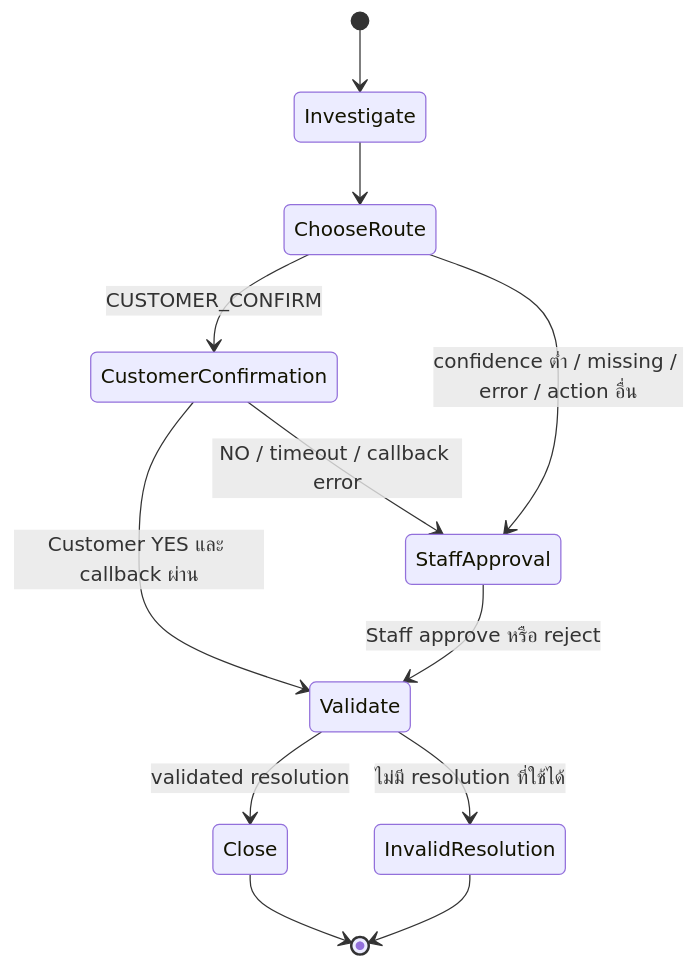
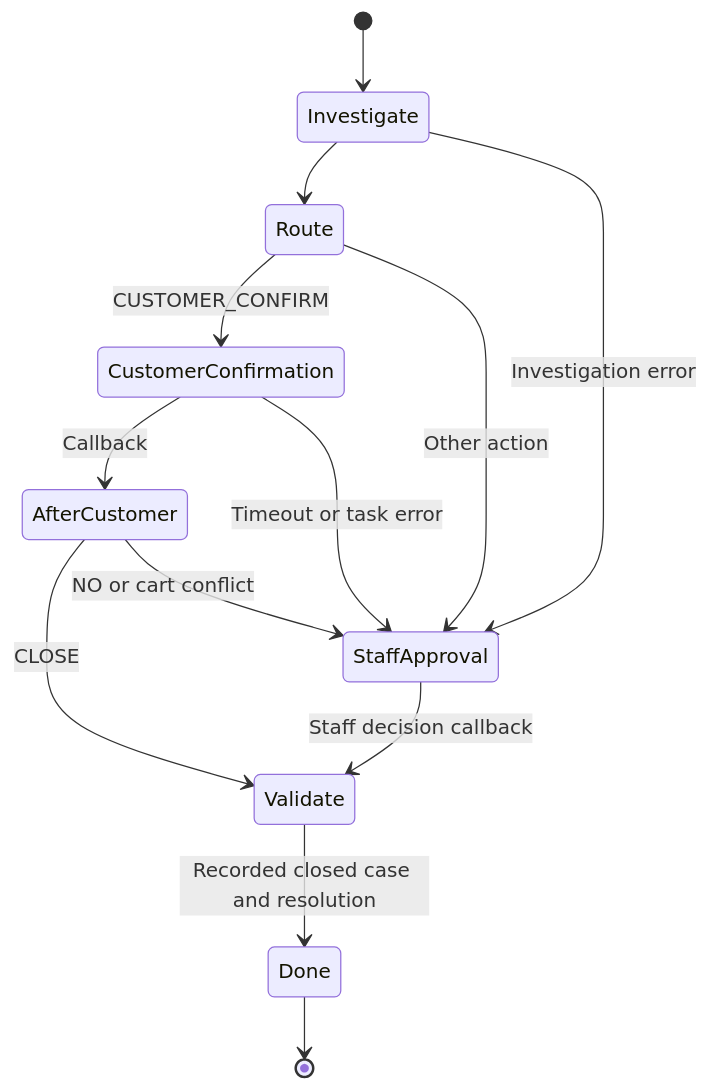
One commit to thhanabun/NTT_Prototype changed the fourth of 10 diagrams in docs/fast-project-workflow.md. Above: the diagram before and after it, drawn with Mermaid. The commit also changed other lines of this file, not shown here.

````diff
--- a/docs/fast-project-workflow.md
+++ b/docs/fast-project-workflow.md
@@ -194,14 +219,15 @@
 ```mermaid
 stateDiagram-v2
   [*] --> Investigate
-  Investigate --> ChooseRoute
-  ChooseRoute --> CustomerConfirmation: CUSTOMER_CONFIRM
-  ChooseRoute --> StaffApproval: confidence ต่ำ / missing / error / action อื่น
-  CustomerConfirmation --> Validate: Customer YES และ callback ผ่าน
-  CustomerConfirmation --> StaffApproval: NO / timeout / callback error
-  StaffApproval --> Validate: Staff approve หรือ reject
-  Validate --> Close: validated resolution
-  Validate --> InvalidResolution: ไม่มี resolution ที่ใช้ได้
-  Close --> [*]
-  InvalidResolution --> [*]
+  Investigate --> Route
+  Investigate --> StaffApproval: Investigation error
+  Route --> CustomerConfirmation: CUSTOMER_CONFIRM
+  Route --> StaffApproval: Other action
+  CustomerConfirmation --> AfterCustomer: Callback
+  CustomerConfirmation --> StaffApproval: Timeout or task error
+  AfterCustomer --> Validate: CLOSE
+  AfterCustomer --> StaffApproval: NO or cart conflict
+  StaffApproval --> Validate: Staff decision callback
+  Validate --> Done: Recorded closed case and resolution
+  Done --> [*]
 ```
````
